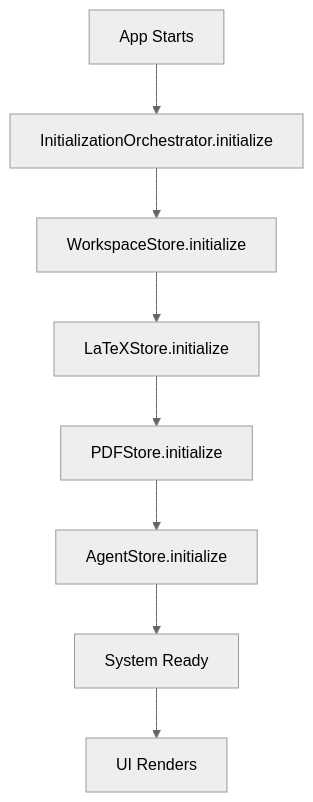
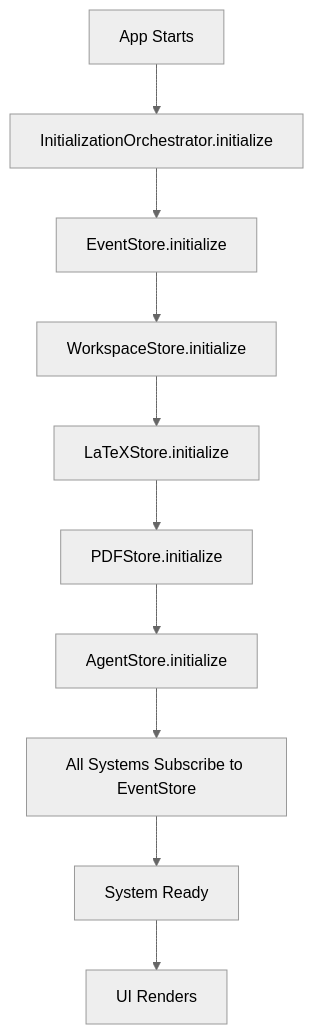
Before and after one commit to MHamzaAhmad/dcmt-ide: the fourth of 4 diagrams in STATE.md, drawn with Mermaid (neutral theme). The commit also changed other lines of this file and 12 other files, not shown here.

First line of the commit message:
feat: Implement unified event system for file and agent events

````diff
--- a/STATE.md
+++ b/STATE.md
@@ -143,10 +200,12 @@
 ```mermaid
 graph TD
     A[App Starts] --> B[InitializationOrchestrator.initialize]
-    B --> C[WorkspaceStore.initialize]
-    C --> D[LaTeXStore.initialize]
-    D --> E[PDFStore.initialize]
-    E --> F[AgentStore.initialize]
-    F --> G[System Ready]
-    G --> H[UI Renders]
+    B --> C[EventStore.initialize]
+    C --> D[WorkspaceStore.initialize]
+    D --> E[LaTeXStore.initialize]
+    E --> F[PDFStore.initialize]
+    F --> G[AgentStore.initialize]
+    G --> H[All Systems Subscribe to EventStore]
+    H --> I[System Ready]
+    I --> J[UI Renders]
 ```
````
